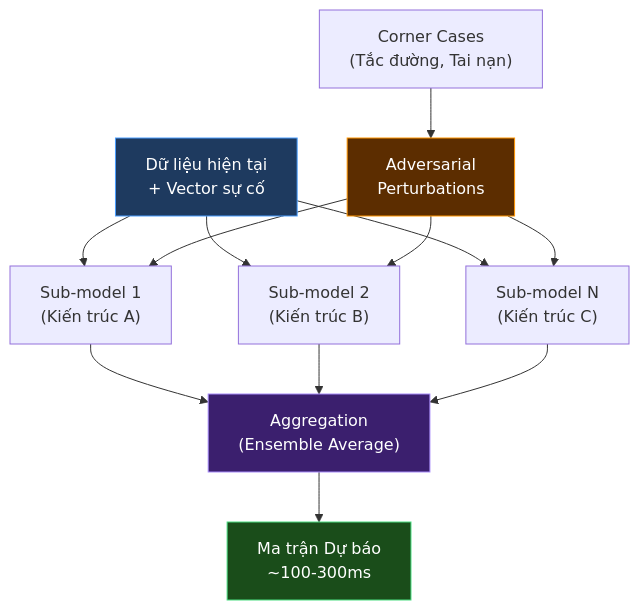
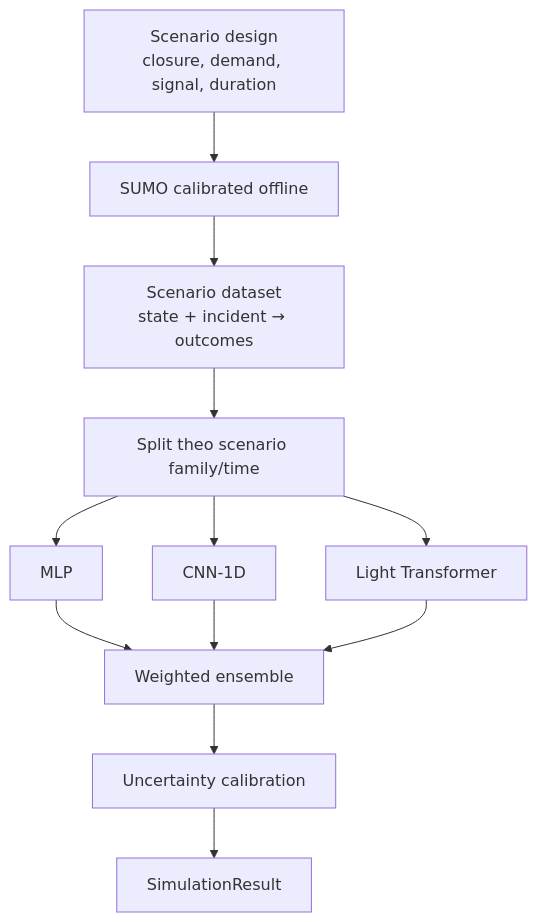
Before and after one commit to ukulevi/traffic-agent-assistant: the second of 2 diagrams in docs/02_ML_and_Simulation_Specification.md, drawn with Mermaid. The commit also changed other lines of this file and 65 other files, not shown here.

````diff
--- a/docs/02_ML_and_Simulation_Specification.md
+++ b/docs/02_ML_and_Simulation_Specification.md
@@ -104,21 +68,14 @@
 ```mermaid
 flowchart TB
-    INPUT["Dữ liệu hiện tại\n+ Vector sự cố"] --> M1["Sub-model 1\n(Kiến trúc A)"]
-    INPUT --> M2["Sub-model 2\n(Kiến trúc B)"]
-    INPUT --> M3["Sub-model N\n(Kiến trúc C)"]
-
-    ADV["Adversarial\nPerturbations"] --> M1
-    ADV --> M2
-    ADV --> M3
-    CC["Corner Cases\n(Tắc đường, Tai nạn)"] --> ADV
-
-    M1 --> AGG["Aggregation\n(Ensemble Average)"]
+    SPACE["Scenario design\nclosure, demand, signal, duration"] --> SUMO["SUMO calibrated offline"]
+    SUMO --> DATA["Scenario dataset\nstate + incident → outcomes"]
+    DATA --> SPLIT["Split theo scenario family/time"]
+    SPLIT --> M1["MLP"]
+    SPLIT --> M2["CNN-1D"]
+    SPLIT --> M3["Light Transformer"]
+    M1 --> AGG["Weighted ensemble"]
     M2 --> AGG
     M3 --> AGG
-    AGG --> OUT["Ma trận Dự báo\n~100-300ms"]
-
-    style INPUT fill:#1e3a5f,stroke:#4a9eff,color:#fff
-    style AGG fill:#3b1f6e,stroke:#a78bfa,color:#fff
-    style ADV fill:#5c2d00,stroke:#ff9500,color:#fff
-    style OUT fill:#1a4d1a,stroke:#4ade80,color:#fff
+    AGG --> CAL["Uncertainty calibration"]
+    CAL --> RESULT["SimulationResult"]
 ```
````
